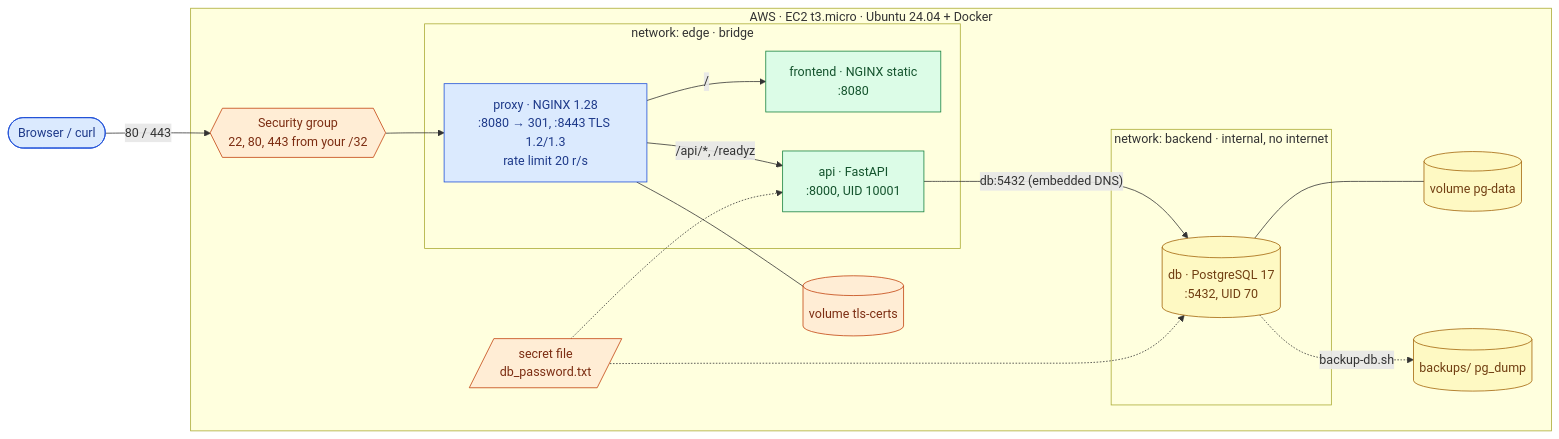
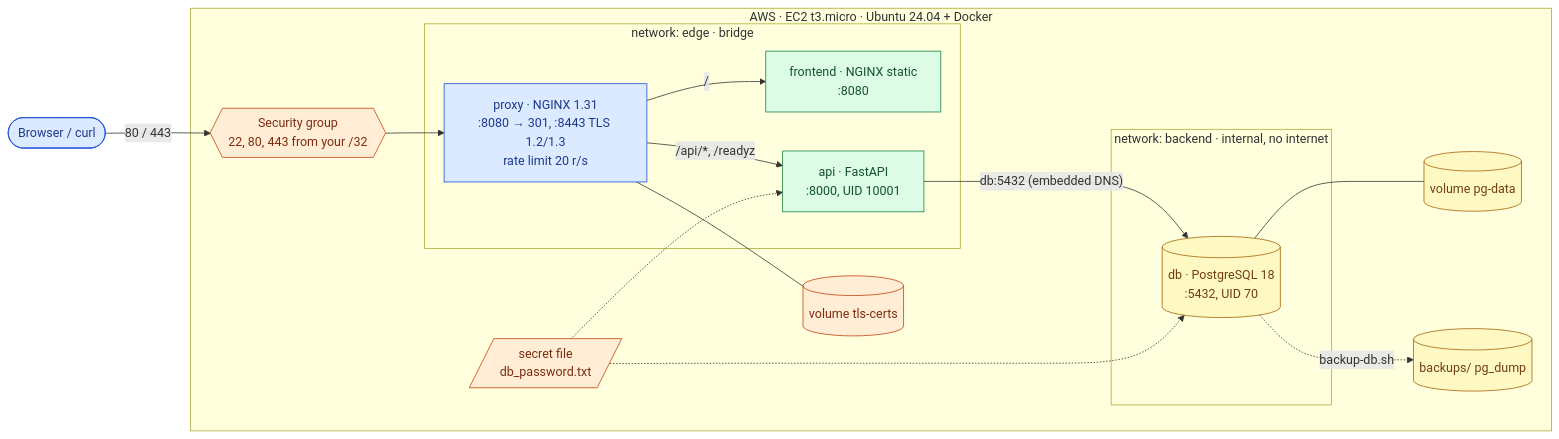
Before and after one commit to cloud-prakhar/devops-sre-engineering-labs: the first of 3 diagrams in projects/aws/03-multi-service-docker-app/README.md, drawn with Mermaid. The commit also changed other lines of this file and 101 other files, not shown here.

````diff
--- a/projects/aws/03-multi-service-docker-app/README.md
+++ b/projects/aws/03-multi-service-docker-app/README.md
@@ -38,33 +38,33 @@
 ```mermaid
 flowchart LR
     user([Browser / curl]):::client
     subgraph aws[AWS · EC2 t3.micro · Ubuntu 24.04 + Docker]
         sg{{Security group<br/>22, 80, 443 from your /32}}:::sec
         subgraph edge[network: edge · bridge]
-            proxy[proxy · NGINX 1.28<br/>:8080 → 301, :8443 TLS 1.2/1.3<br/>rate limit 20 r/s]:::net
+            proxy[proxy · NGINX 1.31<br/>:8080 → 301, :8443 TLS 1.2/1.3<br/>rate limit 20 r/s]:::net
             fe[frontend · NGINX static<br/>:8080]:::app
             api[api · FastAPI<br/>:8000, UID 10001]:::app
         end
         subgraph backend[network: backend · internal, no internet]
-            db[(db · PostgreSQL 17<br/>:5432, UID 70)]:::data
+            db[(db · PostgreSQL 18<br/>:5432, UID 70)]:::data
         end
         certs[(volume tls-certs)]:::sec
         pg[(volume pg-data)]:::data
         secret[/secret file<br/>db_password.txt/]:::sec
         bk[(backups/ pg_dump)]:::data
     end
     user -->|80 / 443| sg --> proxy
     proxy -->|"/"| fe
     proxy -->|"/api/*, /readyz"| api
     api -->|"db:5432 (embedded DNS)"| db
     proxy --- certs
     db --- pg
     secret -.-> api
     secret -.-> db
     db -.->|backup-db.sh| bk
     classDef client fill:#dbeafe,stroke:#1d4ed8,color:#1e3a8a
     classDef net fill:#dbeafe,stroke:#1d4ed8,color:#1e3a8a
     classDef sec fill:#ffedd5,stroke:#c2410c,color:#7c2d12
     classDef app fill:#dcfce7,stroke:#15803d,color:#14532d
     classDef data fill:#fef9c3,stroke:#a16207,color:#713f12
 ```
````
